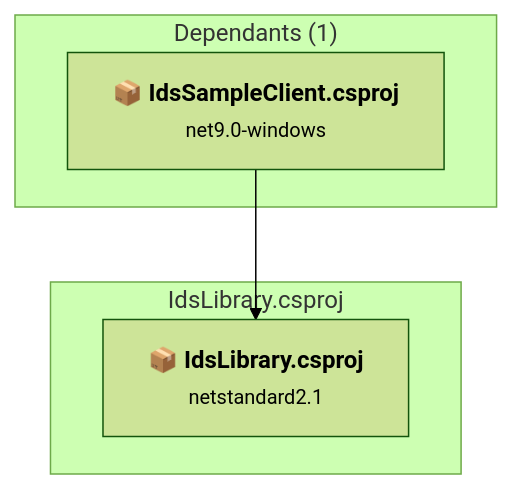
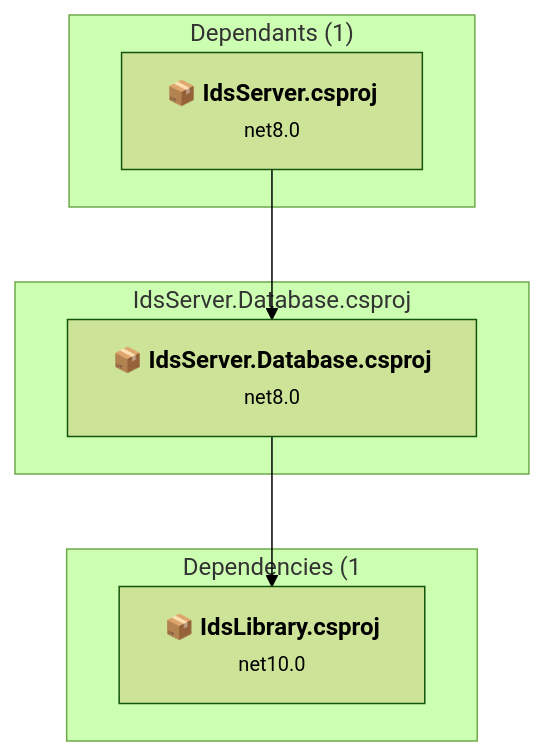
Before and after one commit to Skeferstat/IDS: the fifth of 5 diagrams in .github/upgrades/scenarios/dotnet-version-upgrade/assessment.md, drawn with Mermaid (forest theme). The commit also changed other lines of this file and 6 other files, not shown here.

````diff
--- a/.github/upgrades/scenarios/dotnet-version-upgrade/assessment.md
+++ b/.github/upgrades/scenarios/dotnet-version-upgrade/assessment.md
@@ -236,13 +315,18 @@
 ```mermaid
 flowchart TB
     subgraph upstream["Dependants (1)"]
-        P1["<b>📦&nbsp;IdsSampleClient.csproj</b><br/><small>net9.0-windows</small>"]
-        click P1 "#idssampleclientcsproj"
+        P1["<b>📦&nbsp;IdsServer.csproj</b><br/><small>net8.0</small>"]
+        click P1 "#idsservercsproj"
     end
-    subgraph current["IdsLibrary.csproj"]
-        MAIN["<b>📦&nbsp;IdsLibrary.csproj</b><br/><small>netstandard2.1</small>"]
-        click MAIN "#x:workspacesdtcrssmdidslibraryidslibraryidslibrarycsproj"
+    subgraph current["IdsServer.Database.csproj"]
+        MAIN["<b>📦&nbsp;IdsServer.Database.csproj</b><br/><small>net8.0</small>"]
+        click MAIN "#x:workspacesdtcrssmdidsserveridsserverdatabaseidsserverdatabasecsproj"
+    end
+    subgraph downstream["Dependencies (1"]
+        P2["<b>📦&nbsp;IdsLibrary.csproj</b><br/><small>net10.0</small>"]
+        click P2 "#x:workspacesdtcrssmdidslibraryidslibraryidslibrarycsproj"
     end
     P1 --> MAIN
+    MAIN --> P2
 
 ```
````
